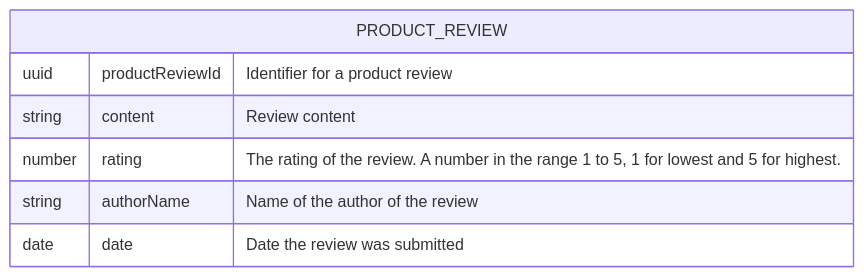
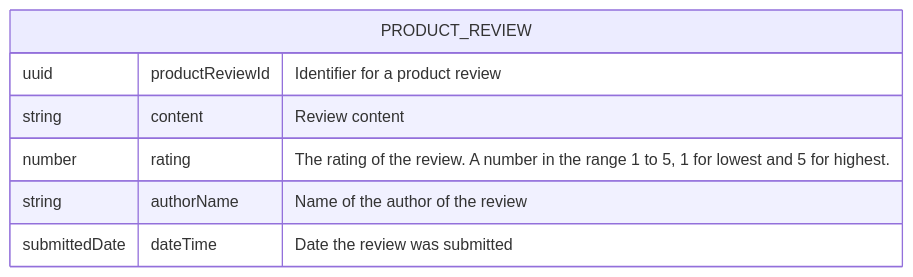
The third of 5 diagrams in discovery.md (ikenna/AcmePetSupplies), drawn with Mermaid before and after one commit. The commit also changed 1 other file, not shown here.

Commit message:
Adding models

````diff
--- a/discovery.md
+++ b/discovery.md
@@ -76,10 +76,10 @@
 ```mermaid
 erDiagram  
   PRODUCT_REVIEW {
     uuid productReviewId "Identifier for a product review"
     string content "Review content"
     number rating "The rating of the review. A number in the range 1 to 5, 1 for lowest and 5 for highest."
     string authorName "Name of the author of the review"
-    date date "Date the review was submitted"
+    submittedDate dateTime "Date the review was submitted"
   }
 ```
````
